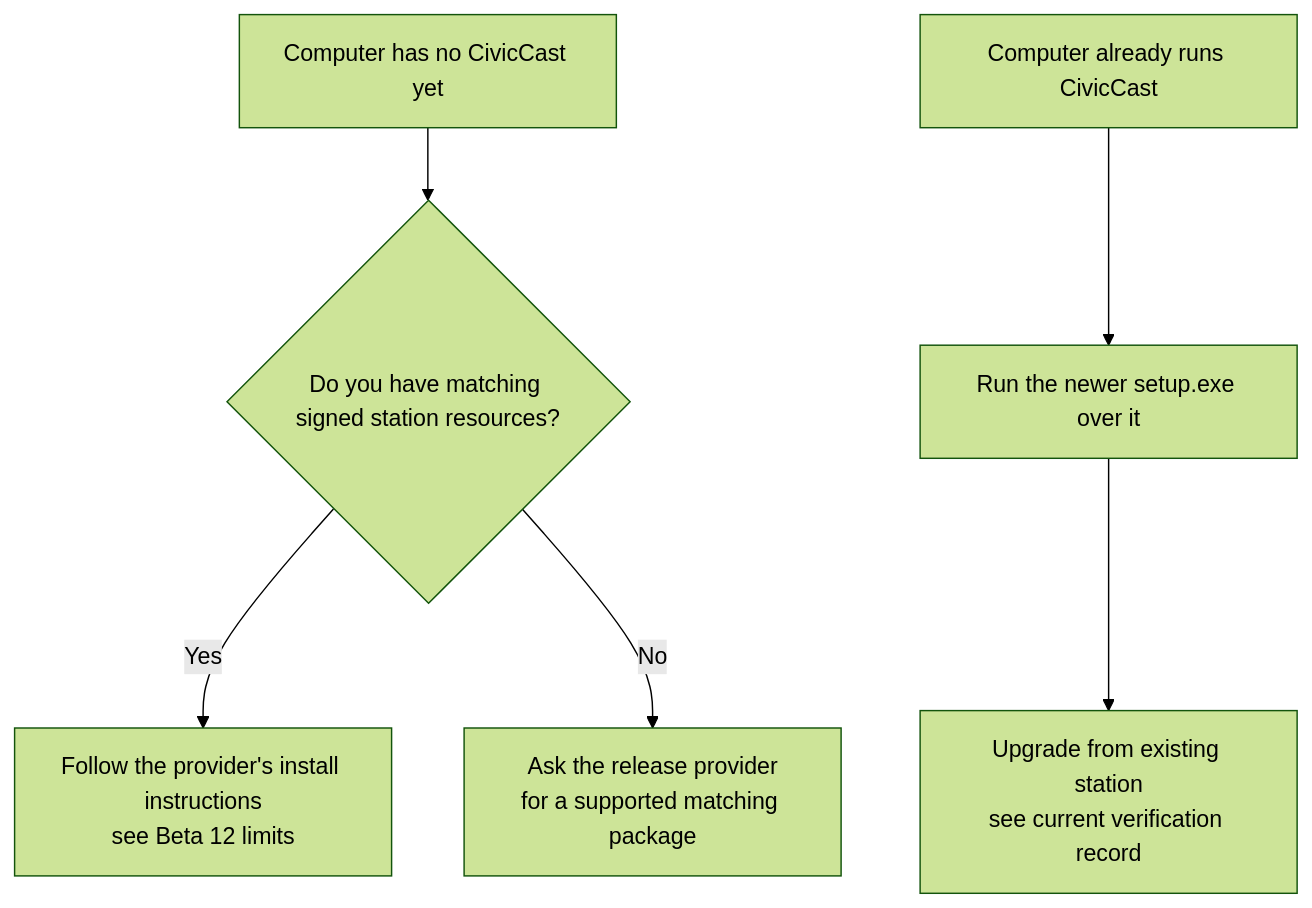
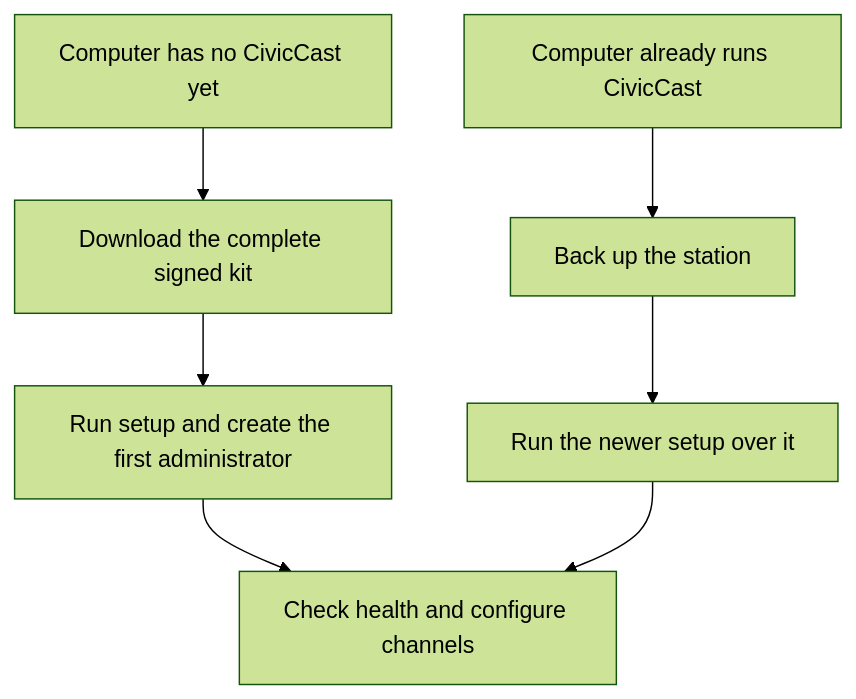
Before and after one commit to scottconverse/civiccast-native: the diagram in docs/manual/src/20-planning.md, drawn with Mermaid (forest theme). The commit also changed other lines of this file and 172 other files, not shown here.

````diff
--- a/docs/manual/src/20-planning.md
+++ b/docs/manual/src/20-planning.md
@@ -30,8 +26,9 @@
 ```mermaid
 flowchart TB
-  A[Computer has no CivicCast yet] --> B{Do you have matching signed station resources?}
-  B -- Yes --> C[Follow the provider's install instructions<br/>see Beta 12 limits]
-  B -- No --> D[Ask the release provider<br/>for a supported matching package]
-  E[Computer already runs CivicCast] --> F[Run the newer setup.exe over it]
-  F --> G[Upgrade from existing station<br/>see current verification record]
+  A[Computer has no CivicCast yet] --> B[Download the complete signed kit]
+  B --> C[Run setup and create the first administrator]
+  E[Computer already runs CivicCast] --> F[Back up the station]
+  F --> G[Run the newer setup over it]
+  C --> H[Check health and configure channels]
+  G --> H
 ```
````
